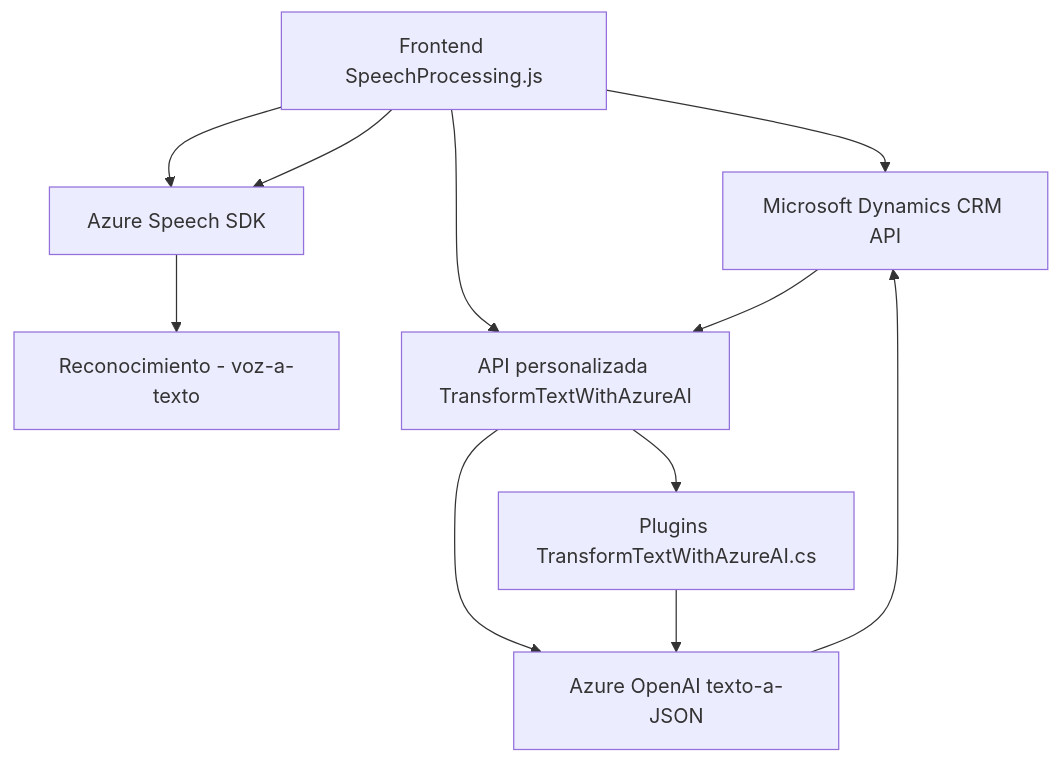
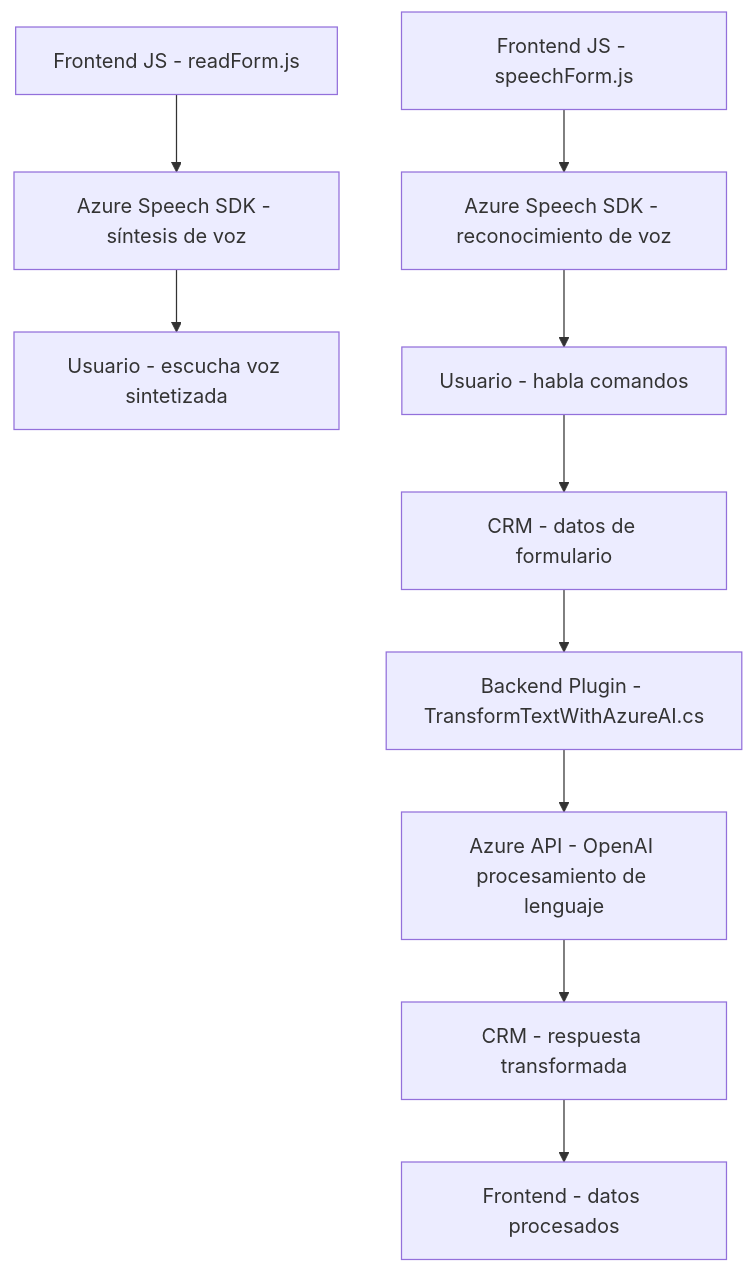
One commit to blopezdm/NETCORE_BILBAO2025 changed the diagram in README.md. Above: the diagram before and after it, drawn with Mermaid. The commit also changed other lines of this file, not shown here.

````diff
--- a/README.md
+++ b/README.md
@@ -47,15 +40,12 @@
 ```mermaid
 graph TD
-    A["Frontend VozInputHandler.js"] --> B["Azure Speech SDK"]
-    A --> D["Microsoft Dynamics CRM API"]
-    B --> C["Reconocimiento - voz-a-texto"]
-    A["Frontend SpeechProcessing.js"] --> B
-    A --> F["API personalizada TransformTextWithAzureAI"]
-    F --> G["Azure OpenAI texto-a-JSON"]
-
-    D --> F
-    F --> H["Plugins TransformTextWithAzureAI.cs"]
-    H --> G
-
-    G --> D
+    A["Frontend JS - readForm.js"] --> C["Azure Speech SDK - síntesis de voz"]
+    B["Frontend JS - speechForm.js"] --> D["Azure Speech SDK - reconocimiento de voz"]
+    C --> E["Usuario - escucha voz sintetizada"]
+    D --> F["Usuario - habla comandos"]
+    F --> G["CRM - datos de formulario"]
+    G --> H["Backend Plugin - TransformTextWithAzureAI.cs"]
+    H --> I["Azure API - OpenAI procesamiento de lenguaje"]
+    I --> J["CRM - respuesta transformada"]
+    J --> K["Frontend - datos procesados"]
 ```
````
